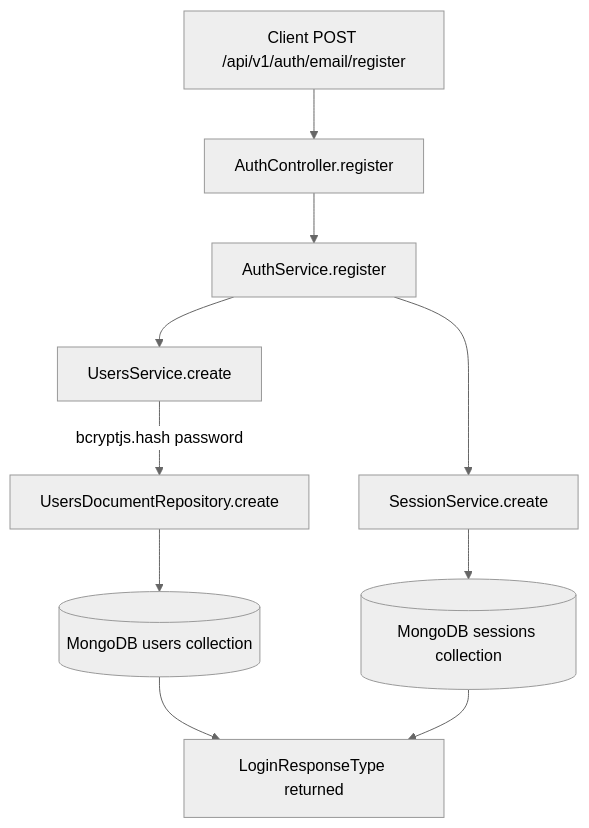
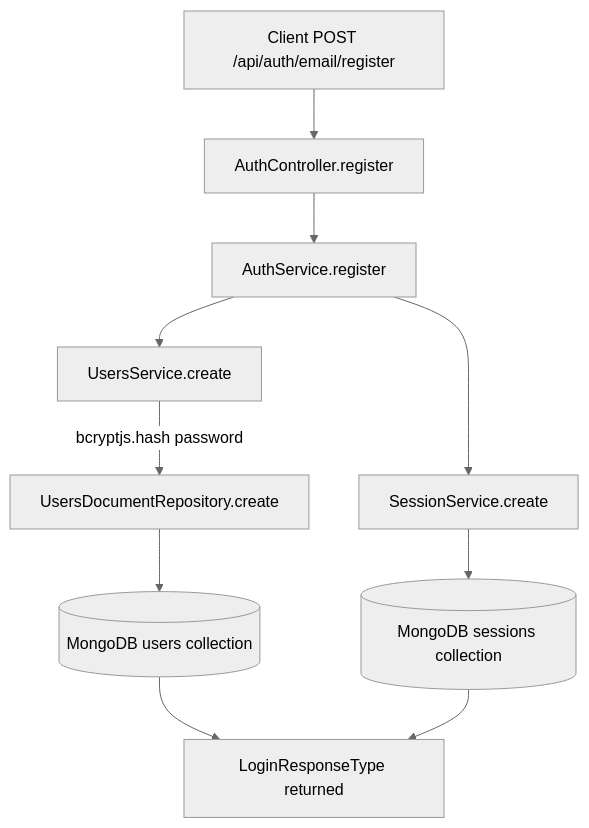
One commit to blitzy-public-samples/pantry-chef-traditional changed the diagram in backend/src/users/README.md. Above: the diagram before and after it, drawn with Mermaid (neutral theme). The commit also changed other lines of this file and 42 other files, not shown here.

````diff
--- a/backend/src/users/README.md
+++ b/backend/src/users/README.md
@@ -100,12 +102,12 @@
 ```mermaid
 flowchart TD
-    A[Client POST /api/v1/auth/email/register] --> B[AuthController.register]
+    A[Client POST /api/auth/email/register] --> B[AuthController.register]
     B --> C[AuthService.register]
     C --> D[UsersService.create]
     D -->|bcryptjs.hash password| E[UsersDocumentRepository.create]
     E --> F[(MongoDB users collection)]
     C --> G[SessionService.create]
     G --> H[(MongoDB sessions collection)]
     F --> I[LoginResponseType returned]
     H --> I
 ```
````
